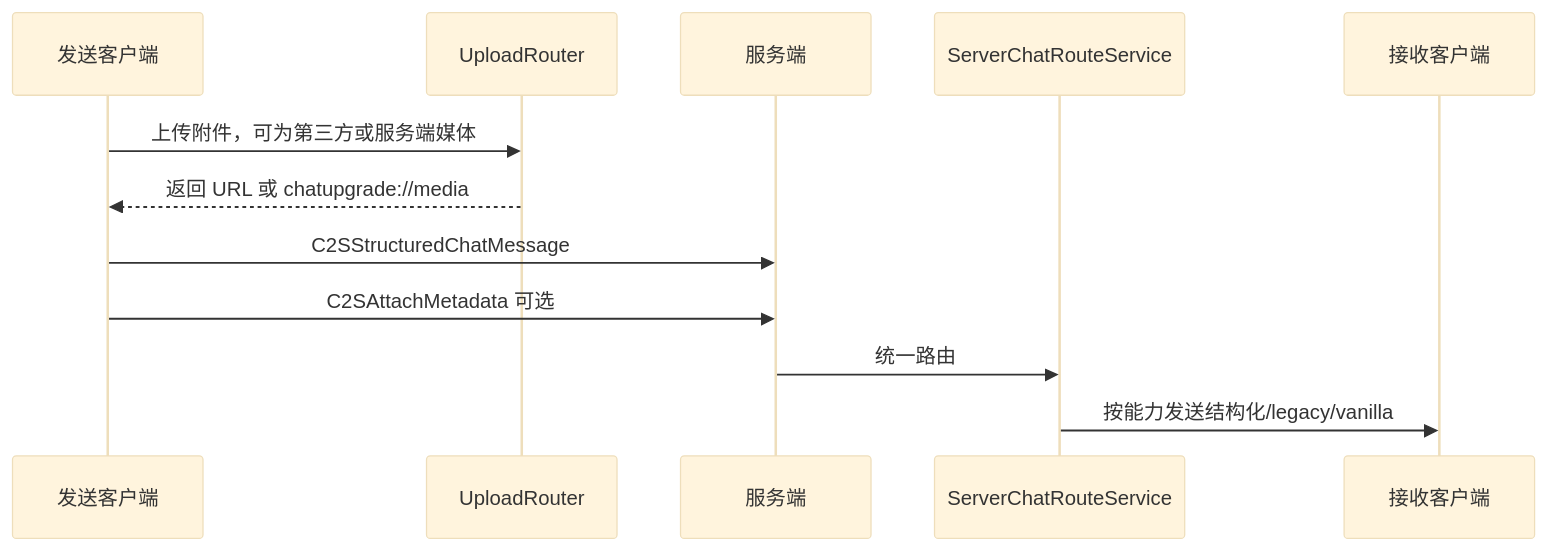
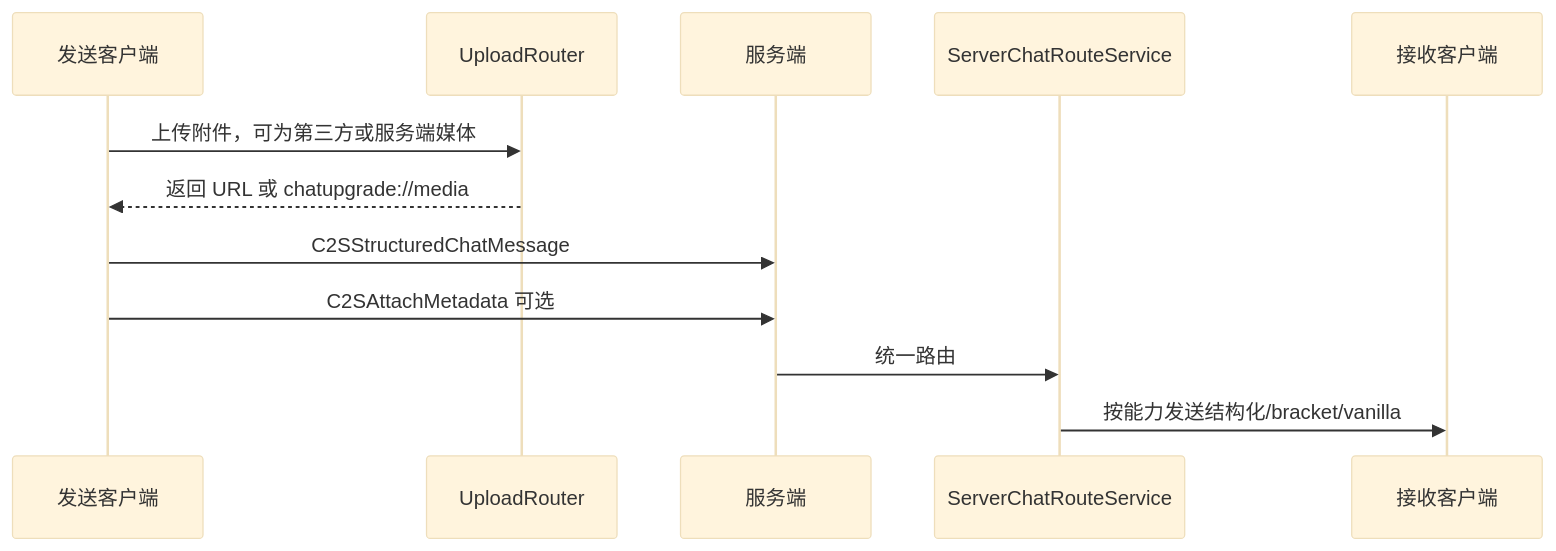
Before and after one commit to LoosePrince/chat-upgrade: the diagram in docs/protocol-and-routing.md, drawn with Mermaid (base theme). The commit also changed other lines of this file and 23 other files, not shown here.

````diff
--- a/docs/protocol-and-routing.md
+++ b/docs/protocol-and-routing.md
@@ -83,15 +83,15 @@
 ```mermaid
 sequenceDiagram
     participant Client as 发送客户端
     participant Upload as UploadRouter
     participant Server as 服务端
     participant Route as ServerChatRouteService
     participant Target as 接收客户端
 
     Client->>Upload: 上传附件，可为第三方或服务端媒体
     Upload-->>Client: 返回 URL 或 chatupgrade://media
     Client->>Server: C2SStructuredChatMessage
     Client->>Server: C2SAttachMetadata 可选
     Server->>Route: 统一路由
-    Route->>Target: 按能力发送结构化/legacy/vanilla
+    Route->>Target: 按能力发送结构化/bracket/vanilla
 ```
````
